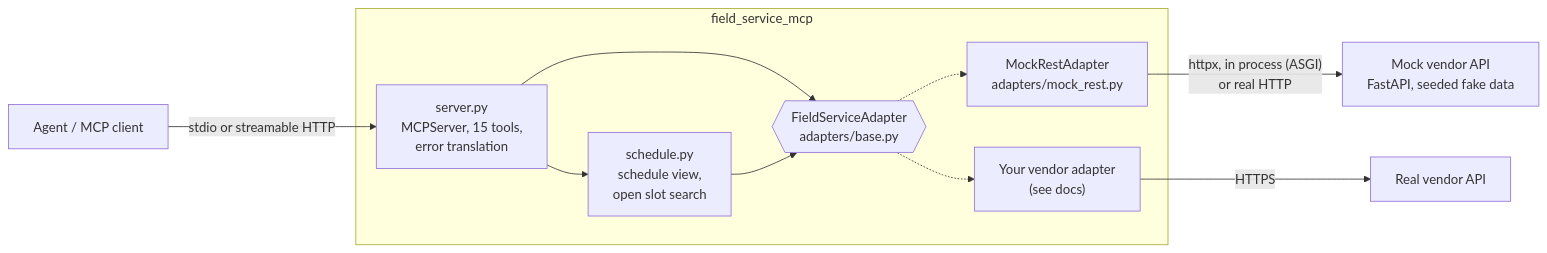
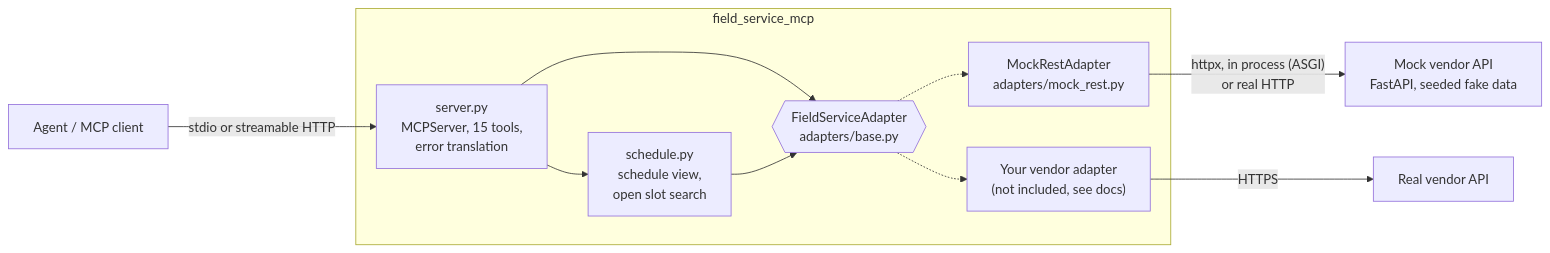
Before and after one commit to midcityhandyman/field-service-mcp: the diagram in README.md, drawn with Mermaid. The commit also changed other lines of this file and 8 other files, not shown here.

````diff
--- a/README.md
+++ b/README.md
@@ -29,20 +73,20 @@
 ```mermaid
 flowchart LR
     agent["Agent / MCP client"] -- "stdio or streamable HTTP" --> server
 
     subgraph pkg["field_service_mcp"]
         server["server.py<br/>MCPServer, 15 tools,<br/>error translation"]
         schedule["schedule.py<br/>schedule view,<br/>open slot search"]
         iface{{"FieldServiceAdapter<br/>adapters/base.py"}}
         mockad["MockRestAdapter<br/>adapters/mock_rest.py"]
-        yours["Your vendor adapter<br/>(see docs)"]
+        yours["Your vendor adapter<br/>(not included, see docs)"]
         server --> schedule
         server --> iface
         schedule --> iface
         iface -.-> mockad
         iface -.-> yours
     end
 
     mockad -- "httpx, in process (ASGI)<br/>or real HTTP" --> mockapi["Mock vendor API<br/>FastAPI, seeded fake data"]
     yours -- "HTTPS" --> vendor["Real vendor API"]
 ```
````
